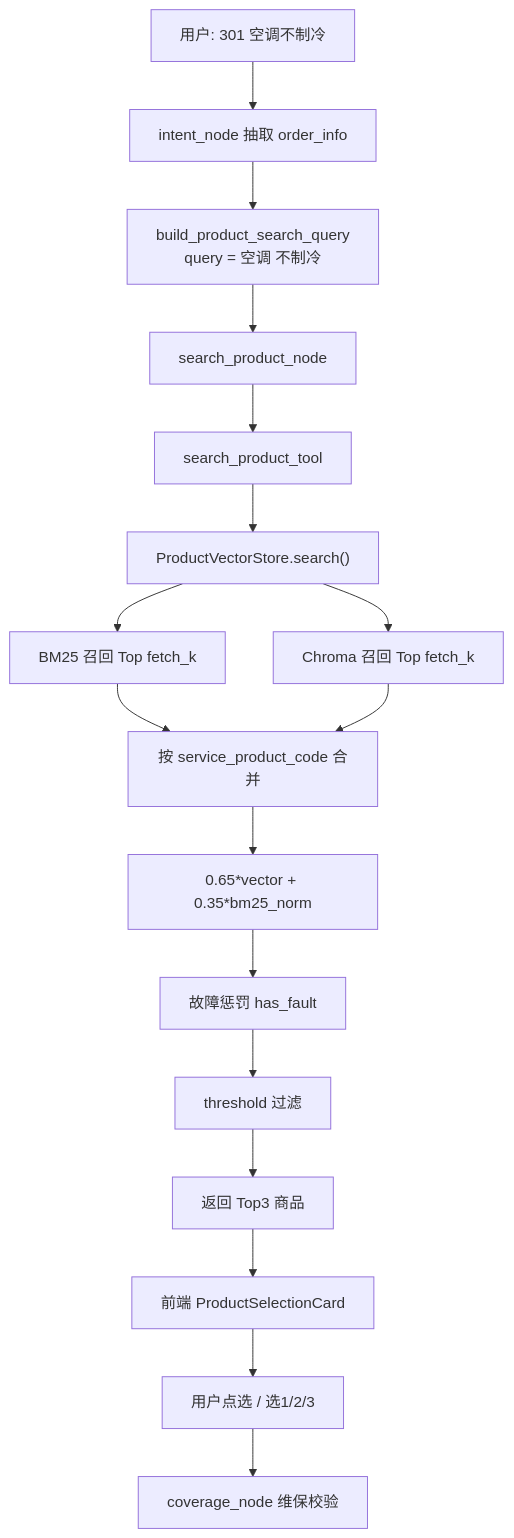
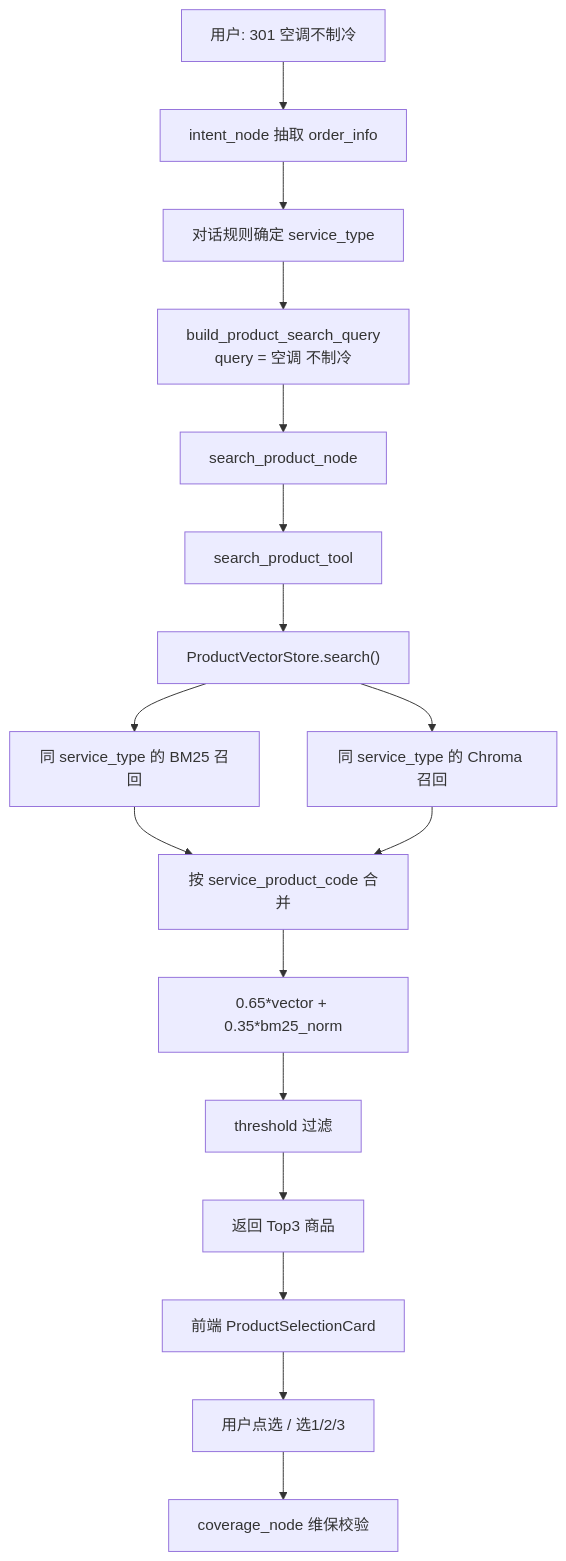
The diagram in docs/product_hybrid_search.md (chengzongxin/hotel-ai-order), drawn with Mermaid before and after one commit. The commit also changed other lines of this file and 31 other files, not shown here.

````diff
--- a/docs/product_hybrid_search.md
+++ b/docs/product_hybrid_search.md
@@ -194,20 +193,20 @@
 ```mermaid
 flowchart TD
   user["用户: 301 空调不制冷"] --> intent["intent_node 抽取 order_info"]
-  intent --> query["build_product_search_query<br/>query = 空调 不制冷"]
+  intent --> type["对话规则确定 service_type"]
+  type --> query["build_product_search_query<br/>query = 空调 不制冷"]
   query --> searchNode["search_product_node"]
   searchNode --> tool["search_product_tool"]
   tool --> store["ProductVectorStore.search()"]
 
-  store --> bm25["BM25 召回 Top fetch_k"]
-  store --> chroma["Chroma 召回 Top fetch_k"]
+  store --> bm25["同 service_type 的 BM25 召回"]
+  store --> chroma["同 service_type 的 Chroma 召回"]
   bm25 --> merge["按 service_product_code 合并"]
   chroma --> merge
   merge --> fusion["0.65*vector + 0.35*bm25_norm"]
-  fusion --> penalty["故障惩罚 has_fault"]
-  penalty --> threshold["threshold 过滤"]
+  fusion --> threshold["threshold 过滤"]
   threshold --> top3["返回 Top3 商品"]
   top3 --> ui["前端 ProductSelectionCard"]
   ui --> select["用户点选 / 选1/2/3"]
   select --> coverage["coverage_node 维保校验"]
 ```
````
